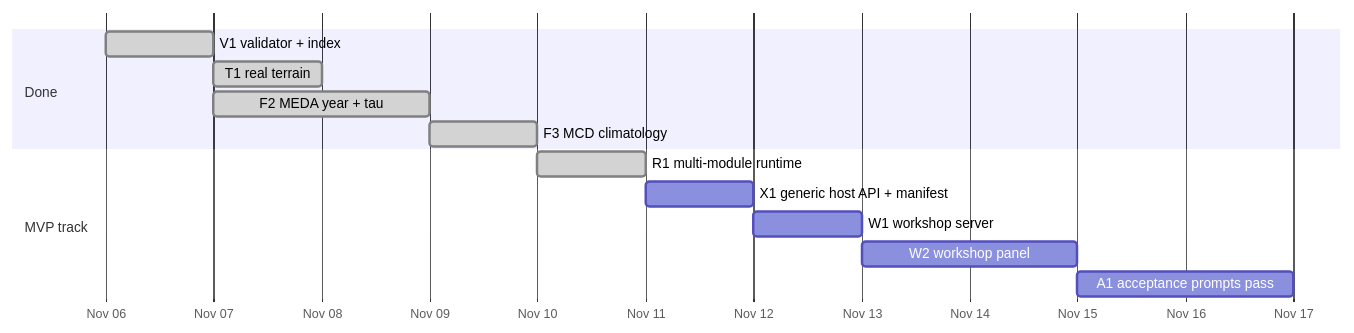
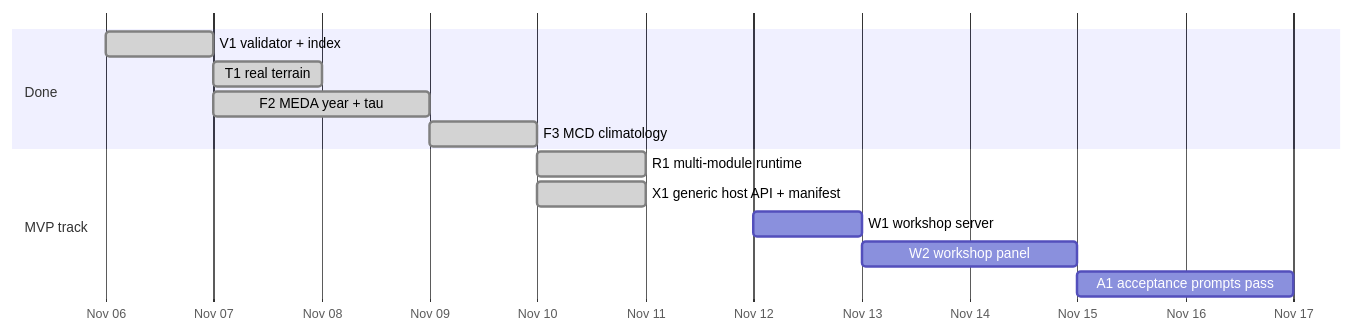
One commit to chingchang/mars-sandbox changed the sixth of 6 diagrams in docs/DEV_GUIDE.md. Above: the diagram before and after it, drawn with Mermaid. The commit also changed other lines of this file and 38 other files, not shown here.

````diff
--- a/docs/DEV_GUIDE.md
+++ b/docs/DEV_GUIDE.md
@@ -262,16 +262,16 @@
 ```mermaid
 gantt
     dateFormat  YYYY-MM-DD
     axisFormat  %b %d
     section Done
     V1 validator + index          :done, 2026-11-06, 1d
     T1 real terrain               :done, 2026-11-07, 1d
     F2 MEDA year + tau            :done, 2026-11-07, 2d
     F3 MCD climatology            :done, 2026-11-09, 1d
     section MVP track
     R1 multi-module runtime       :done, 2026-11-10, 1d
-    X1 generic host API + manifest:2026-11-11, 1d
+    X1 generic host API + manifest:done, 2026-11-10, 1d
     W1 workshop server            :2026-11-12, 1d
     W2 workshop panel             :2026-11-13, 2d
     A1 acceptance prompts pass    :2026-11-15, 2d
 ```
````
